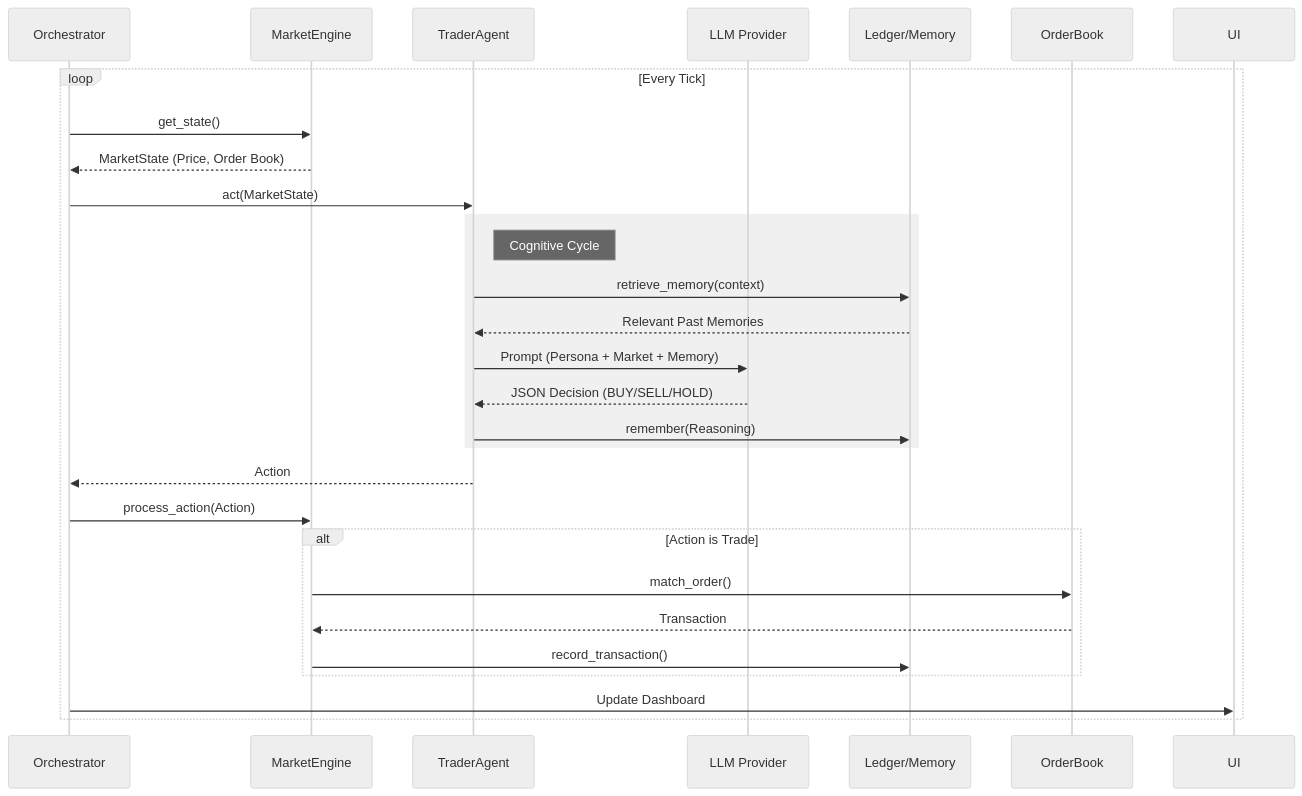
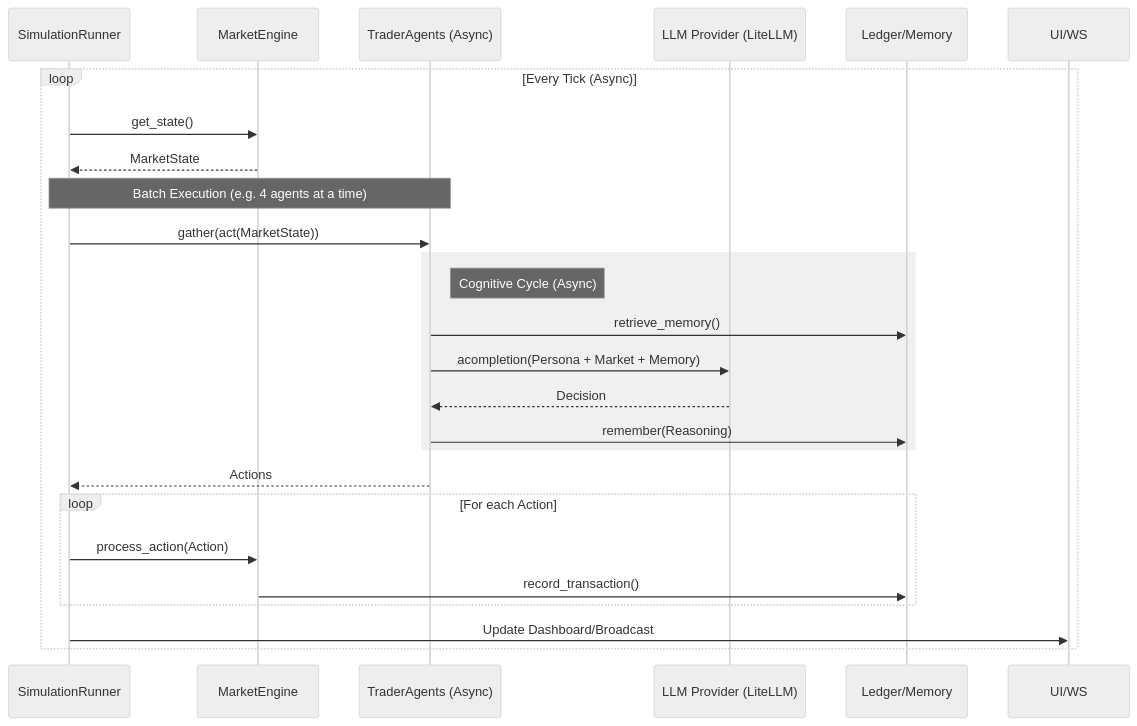
One commit to patrickpassosb/agent-market changed the diagram in TECHNICAL_DOCS.md. Above: the diagram before and after it, drawn with Mermaid (neutral theme). The commit also changed other lines of this file and 30 other files, not shown here.

````diff
--- a/TECHNICAL_DOCS.md
+++ b/TECHNICAL_DOCS.md
@@ -29,36 +32,33 @@
 ```mermaid
 sequenceDiagram
-    participant Main as Orchestrator
+    participant Main as SimulationRunner
     participant Engine as MarketEngine
-    participant Agent as TraderAgent
-    participant LLM as LLM Provider
+    participant Agents as TraderAgents (Async)
+    participant LLM as LLM Provider (LiteLLM)
     participant DB as Ledger/Memory
 
-    loop Every Tick
+    loop Every Tick (Async)
         Main->>Engine: get_state()
-        Engine-->>Main: MarketState (Price, Order Book)
+        Engine-->>Main: MarketState
         
-        Main->>Agent: act(MarketState)
+        Note over Main, Agents: Batch Execution (e.g. 4 agents at a time)
+        Main->>Agents: gather(act(MarketState))
         
         rect rgb(240, 240, 240)
-            Note right of Agent: Cognitive Cycle
-            Agent->>DB: retrieve_memory(context)
-            DB-->>Agent: Relevant Past Memories
-            Agent->>LLM: Prompt (Persona + Market + Memory)
-            LLM-->>Agent: JSON Decision (BUY/SELL/HOLD)
-            Agent->>DB: remember(Reasoning)
+            Note right of Agents: Cognitive Cycle (Async)
+            Agents->>DB: retrieve_memory()
+            Agents->>LLM: acompletion(Persona + Market + Memory)
+            LLM-->>Agents: Decision
+            Agents->>DB: remember(Reasoning)
         end
         
-        Agent-->>Main: Action
+        Agents-->>Main: Actions
         
-        Main->>Engine: process_action(Action)
-        
-        alt Action is Trade
-            Engine->>OrderBook: match_order()
-            OrderBook-->>Engine: Transaction
+        loop For each Action
+            Main->>Engine: process_action(Action)
             Engine->>DB: record_transaction()
         end
         
-        Main->>UI: Update Dashboard
+        Main->>UI/WS: Update Dashboard/Broadcast
     end
 ```
````
